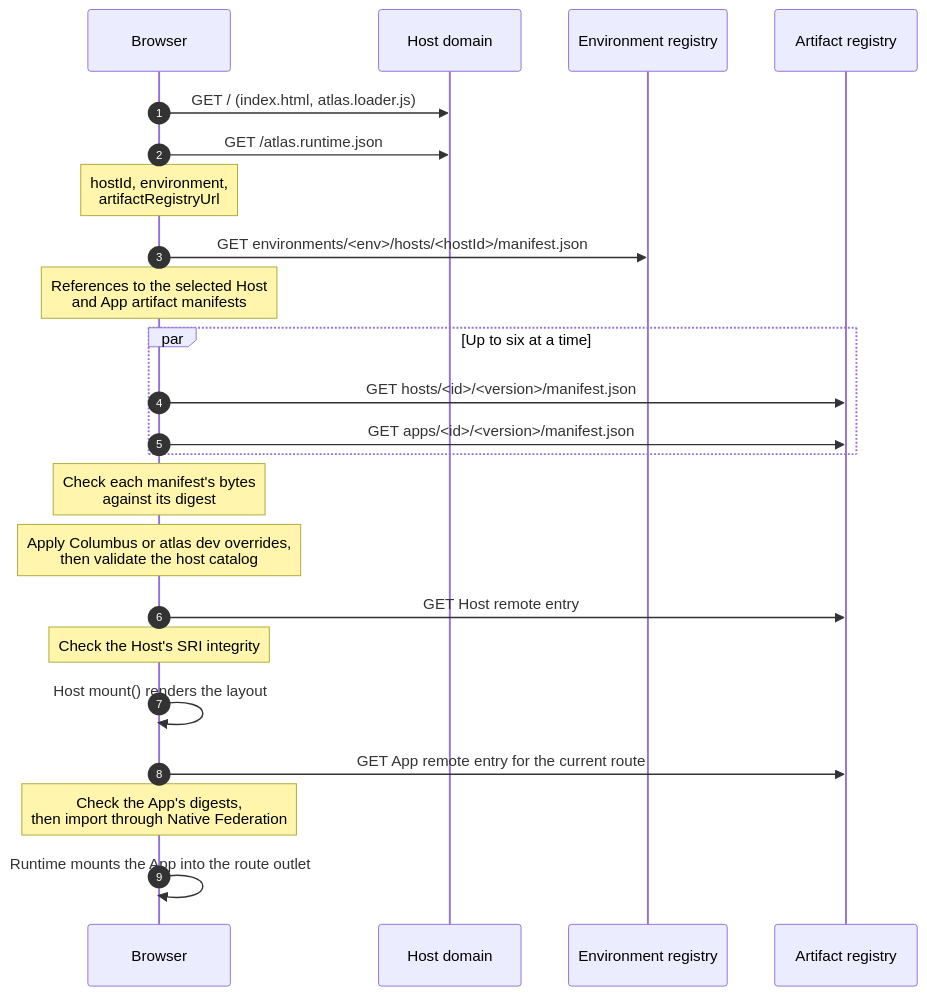
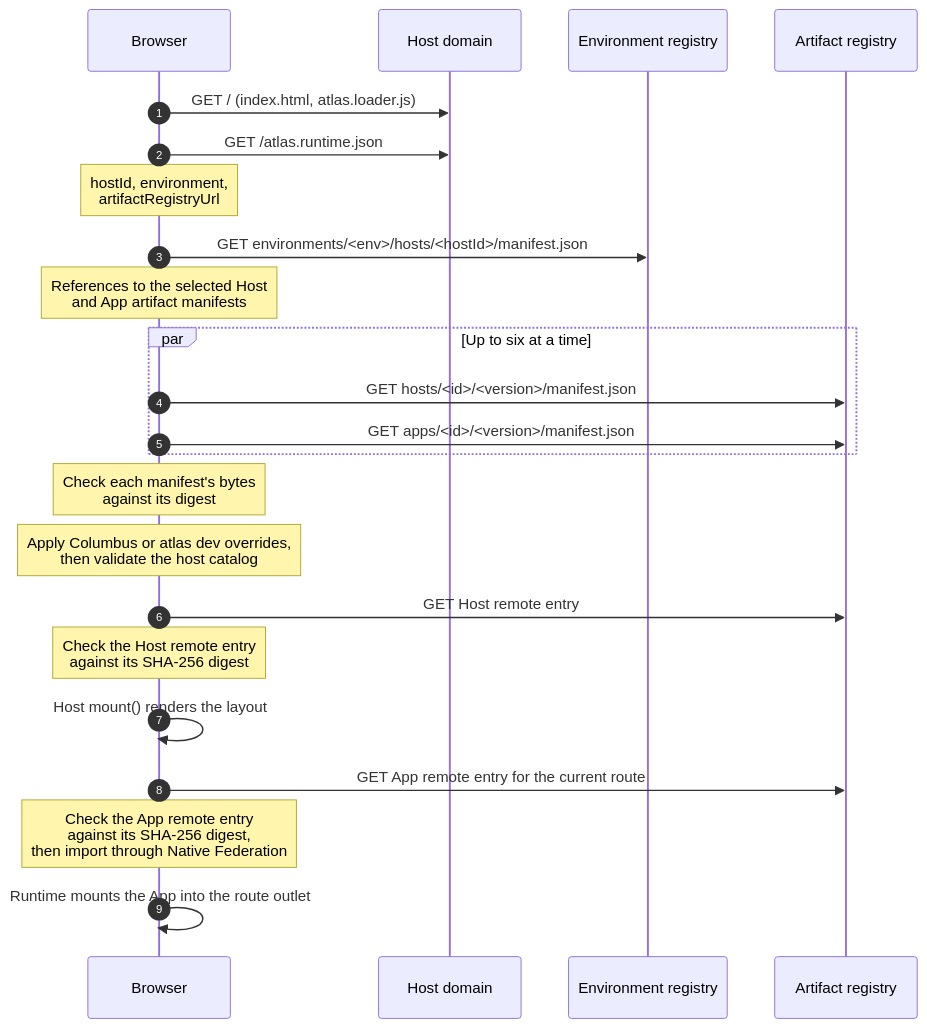
One commit to bendaj11/atlas changed the first of 3 diagrams in docs/introduction/architecture.md. Above: the diagram before and after it, drawn with Mermaid. The commit also changed other lines of this file and 76 other files, not shown here.

````diff
--- a/docs/introduction/architecture.md
+++ b/docs/introduction/architecture.md
@@ -43,25 +32,25 @@
 ```mermaid
 sequenceDiagram
   autonumber
   participant B as Browser
   participant D as Host domain
   participant E as Environment registry
   participant A as Artifact registry
   B->>D: GET / (index.html, atlas.loader.js)
   B->>D: GET /atlas.runtime.json
   Note over B: hostId, environment,<br/>artifactRegistryUrl
   B->>E: GET environments/<env>/hosts/<hostId>/manifest.json
   Note over B: References to the selected Host<br/>and App artifact manifests
   par Up to six at a time
     B->>A: GET hosts/<id>/<version>/manifest.json
     B->>A: GET apps/<id>/<version>/manifest.json
   end
   Note over B: Check each manifest's bytes<br/>against its digest
   Note over B: Apply Columbus or atlas dev overrides,<br/>then validate the host catalog
   B->>A: GET Host remote entry
-  Note over B: Check the Host's SRI integrity
+  Note over B: Check the Host remote entry<br/>against its SHA-256 digest
   B->>B: Host mount() renders the layout
   B->>A: GET App remote entry for the current route
-  Note over B: Check the App's digests,<br/>then import through Native Federation
+  Note over B: Check the App remote entry<br/>against its SHA-256 digest,<br/>then import through Native Federation
   B->>B: Runtime mounts the App into the route outlet
 ```
````
